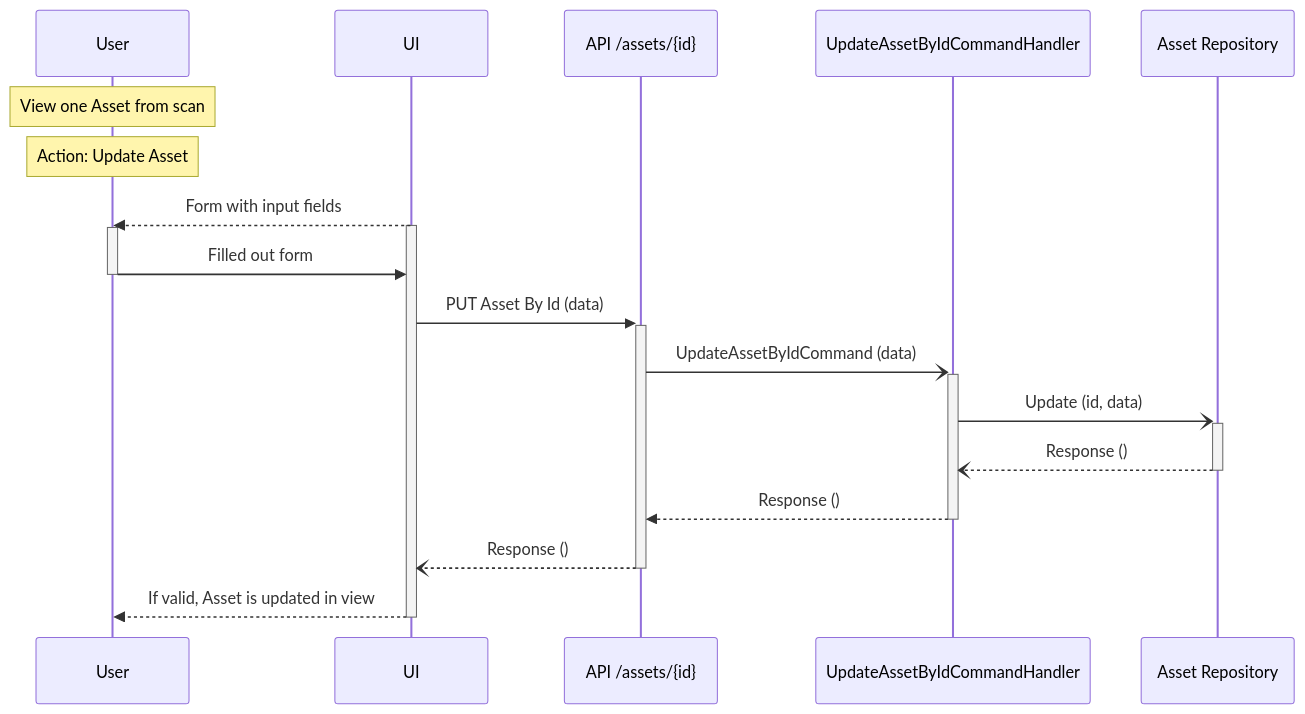
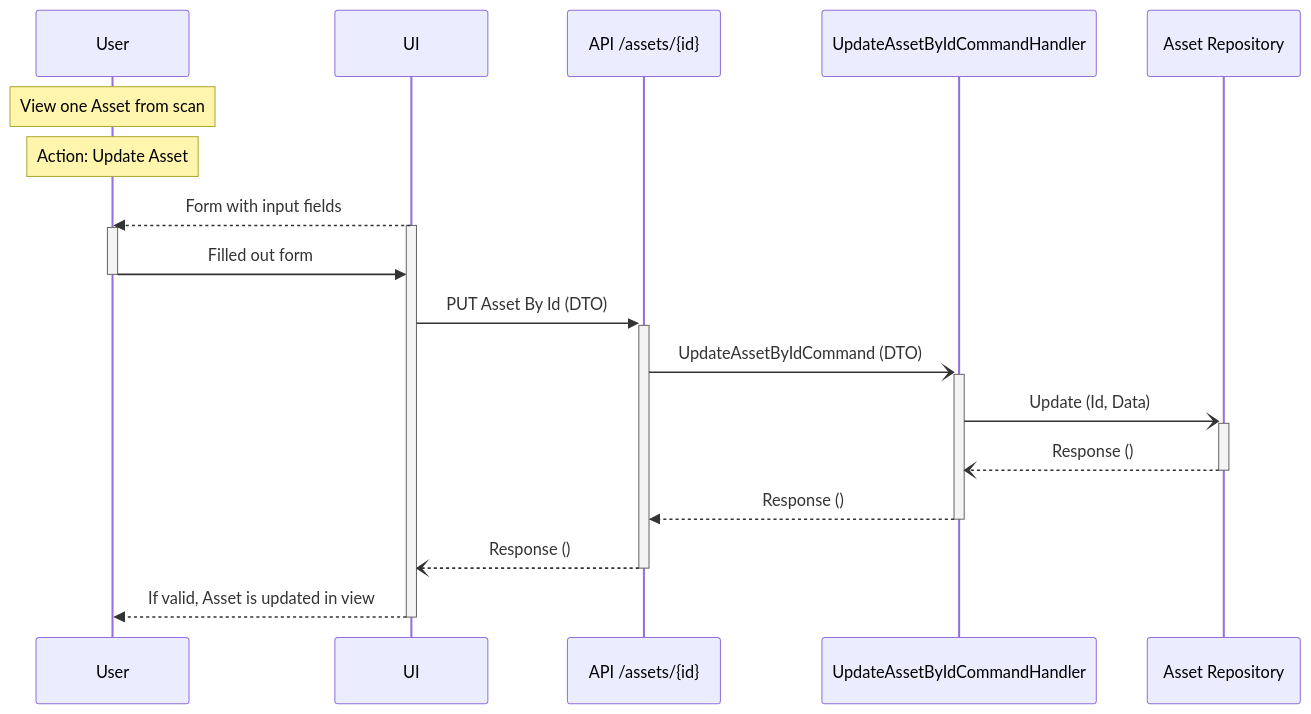
The third of 3 diagrams in docs/sequence-diagrams/update-asset.md (livun/bouvet-asset-hub), drawn with Mermaid before and after one commit. The commit also changed other lines of this file and 9 other files, not shown here.

Commit message:
Finished with sequence diagrams

````diff
--- a/docs/sequence-diagrams/update-asset.md
+++ b/docs/sequence-diagrams/update-asset.md
@@ -50,18 +54,18 @@
 ```mermaid
 sequenceDiagram
     Note over User : View one Asset from scan
     Note over User: Action: Update Asset
     UI -->> User : Form with input fields
     Activate UI
     Activate User
         User ->> UI : Filled out form 
     Deactivate User
-            UI ->>+ API /assets/{id}: PUT Asset By Id (data)
-                API /assets/{id} -)+ UpdateAssetByIdCommandHandler : UpdateAssetByIdCommand (data)
-                    UpdateAssetByIdCommandHandler -)+ Asset Repository : Update (id, data)
+            UI ->>+ API /assets/{id}: PUT Asset By Id (DTO)
+                API /assets/{id} -)+ UpdateAssetByIdCommandHandler : UpdateAssetByIdCommand (DTO)
+                    UpdateAssetByIdCommandHandler -)+ Asset Repository : Update (Id, Data)
                     Asset Repository  --)- UpdateAssetByIdCommandHandler : Response ()
                 UpdateAssetByIdCommandHandler -->>- API /assets/{id} : Response ()
             API /assets/{id} --)- UI  : Response ()
         UI -->> User : If valid, Asset is updated in view
     Deactivate UI     
 ```
````
